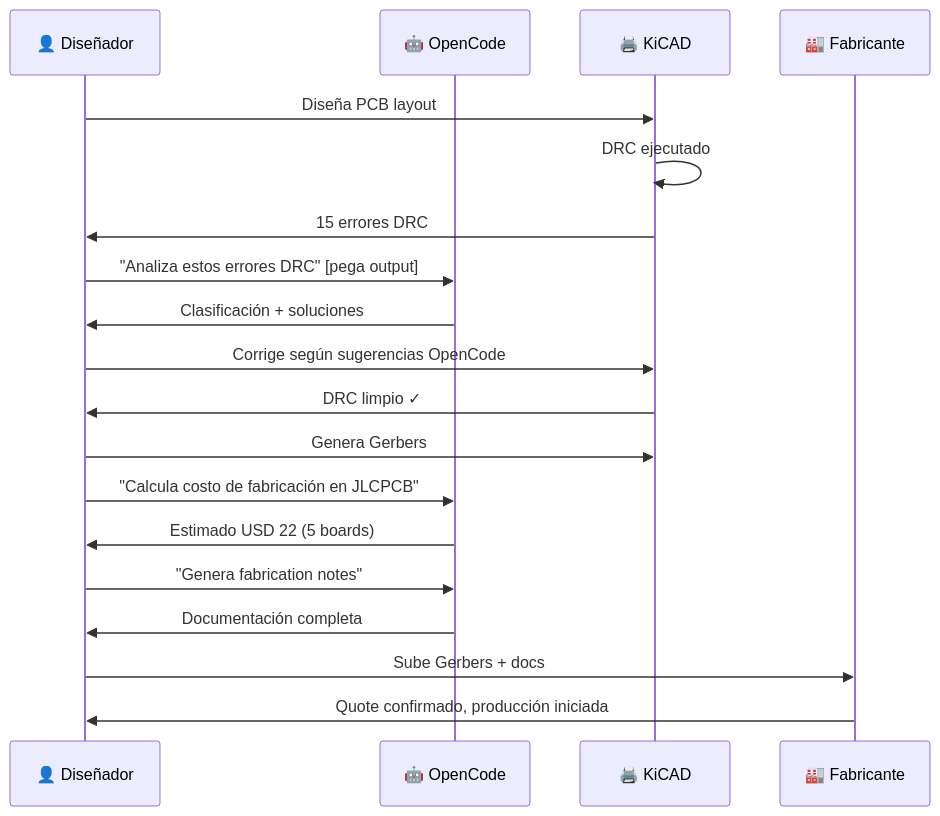
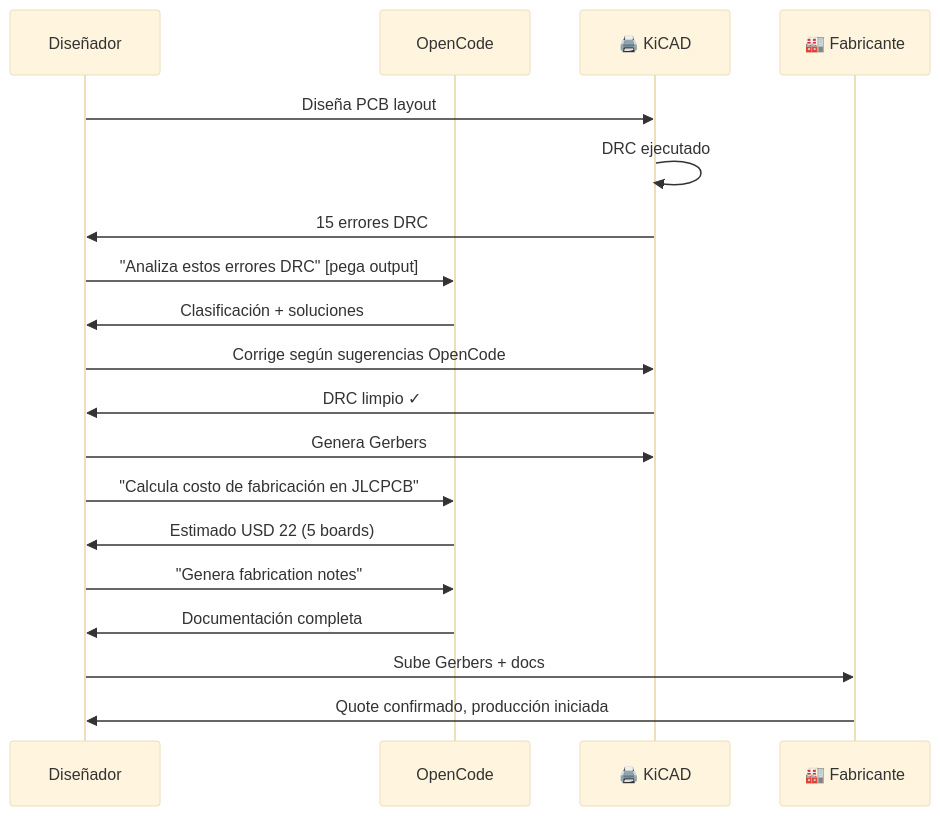
The tenth of 11 diagrams in courses/🟡-development/FPUNA-2026/02-ELECTRONICA-AUTOMATIZACION/02-diseno-pcb.md (Ai-Whisperers/Courses-Content), drawn with Mermaid before and after one commit. The commit also changed other lines of this file and 47 other files, not shown here.

First line of the commit message:
fix: Make all 473 diagrams WCAG AAA accessible (FPUNA-2026)

````diff
--- a/courses/🟡-development/FPUNA-2026/02-ELECTRONICA-AUTOMATIZACION/02-diseno-pcb.md
+++ b/courses/🟡-development/FPUNA-2026/02-ELECTRONICA-AUTOMATIZACION/02-diseno-pcb.md
@@ -1212,22 +1221,23 @@
 ```mermaid
+%%{init: {'theme':'base', 'themeVariables': {'fontSize':'18px'}}}%%
 sequenceDiagram
-    participant E as 👤 Diseñador
-    participant O as 🤖 OpenCode
+    participant E as Diseñador
+    participant O as OpenCode
     participant K as 🖨️ KiCAD
     participant F as 🏭 Fabricante
     
     E->>K: Diseña PCB layout
     K->>K: DRC ejecutado
     K->>E: 15 errores DRC
     E->>O: "Analiza estos errores DRC" [pega output]
     O->>E: Clasificación + soluciones
     E->>K: Corrige según sugerencias OpenCode
     K->>E: DRC limpio ✓
     E->>K: Genera Gerbers
     E->>O: "Calcula costo de fabricación en JLCPCB"
     O->>E: Estimado USD 22 (5 boards)
     E->>O: "Genera fabrication notes"
     O->>E: Documentación completa
     E->>F: Sube Gerbers + docs
     F->>E: Quote confirmado, producción iniciada
 ```
````
